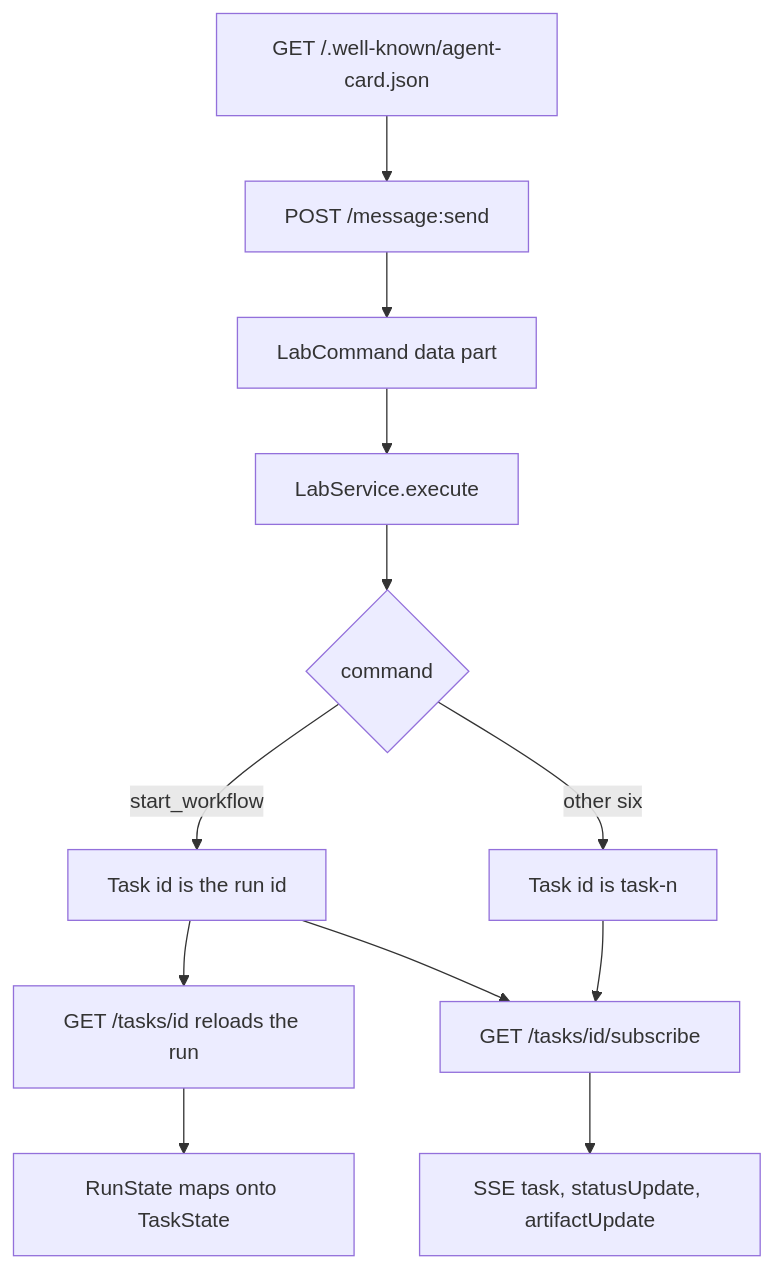
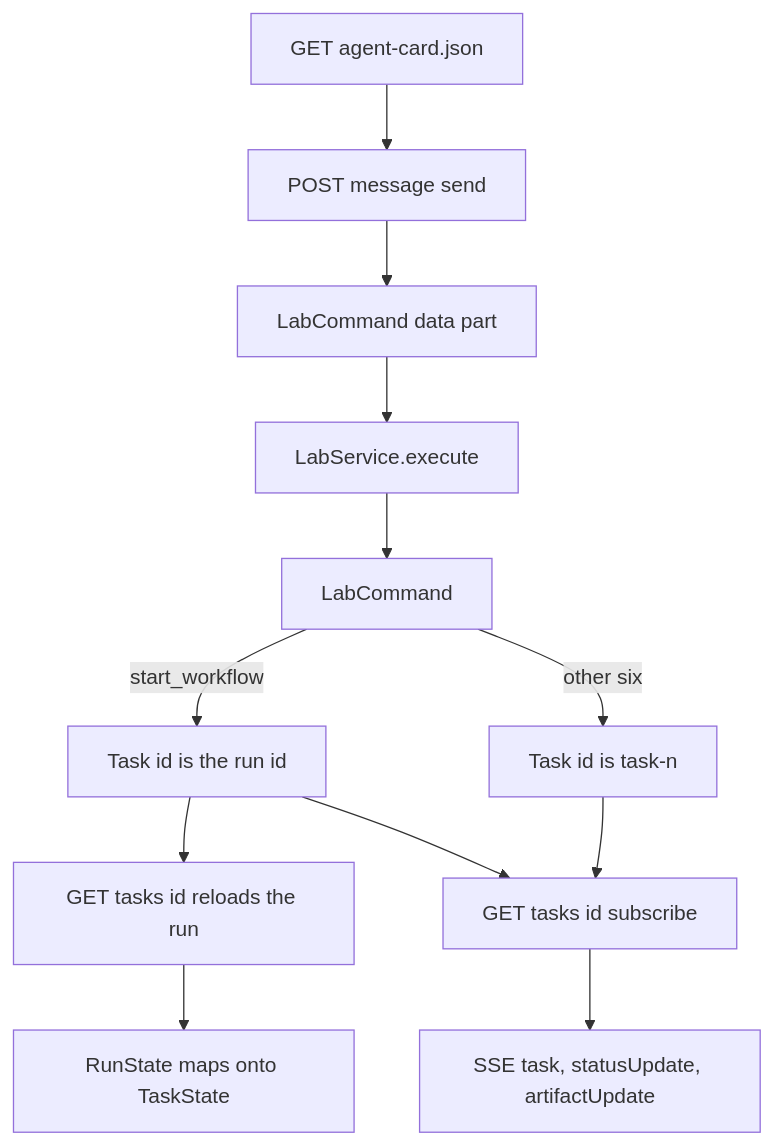
The diagram in backlog/docs/reference/a2a/doc-4 - A2A.md (A3Analytics/a2a-lab-dev-kit-rs), drawn with Mermaid before and after one commit. The commit also changed 8 other files, not shown here.

````diff
--- a/backlog/docs/reference/a2a/doc-4 - A2A.md
+++ b/backlog/docs/reference/a2a/doc-4 - A2A.md
@@ -17,14 +17,14 @@
 ```mermaid
 flowchart TD
-  card["GET /.well-known/agent-card.json"] --> send["POST /message:send"]
+  card["GET agent-card.json"] --> send["POST message send"]
   send --> command["LabCommand data part"]
   command --> exec["LabService.execute"]
-  exec --> kind{command}
+  exec --> kind["LabCommand"]
   kind -->|start_workflow| runTask["Task id is the run id"]
   kind -->|other six| doneTask["Task id is task-n"]
-  runTask --> reload["GET /tasks/id reloads the run"]
+  runTask --> reload["GET tasks id reloads the run"]
   reload --> mapped["RunState maps onto TaskState"]
-  runTask --> sse["GET /tasks/id/subscribe"]
+  runTask --> sse["GET tasks id subscribe"]
   doneTask --> sse
   sse --> events["SSE task, statusUpdate, artifactUpdate"]
 ```
````
